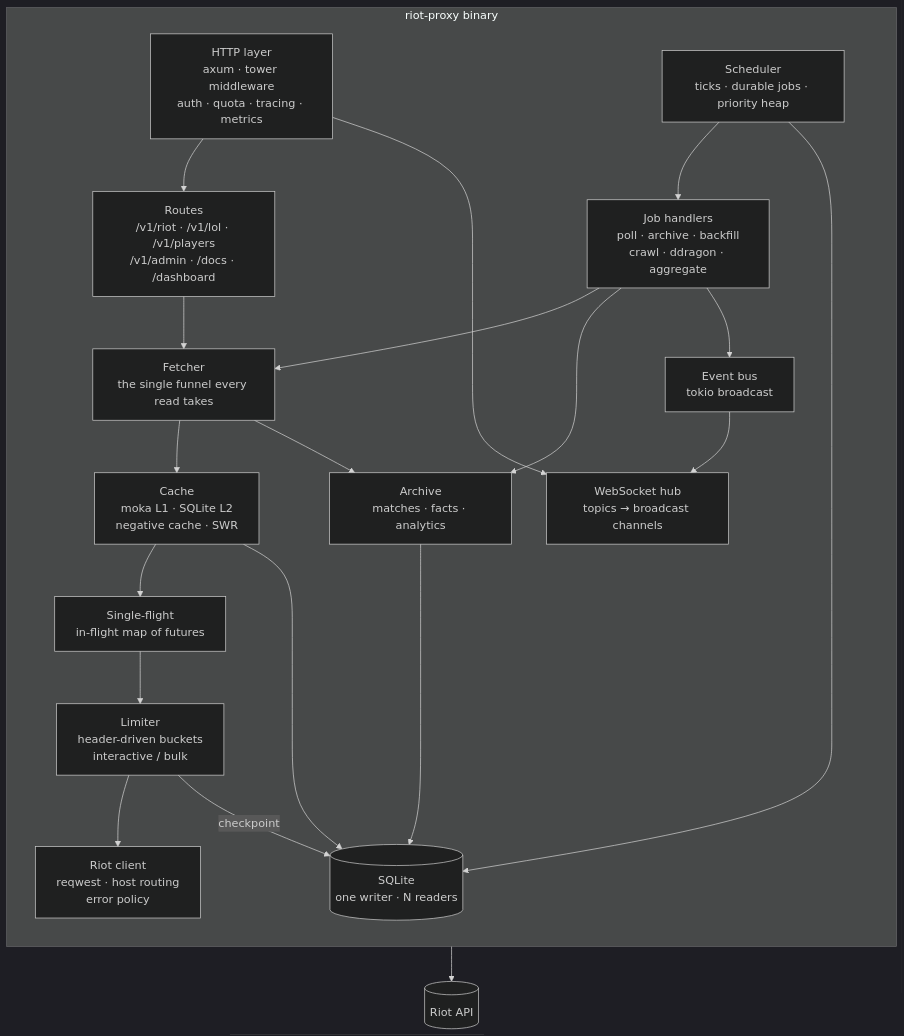
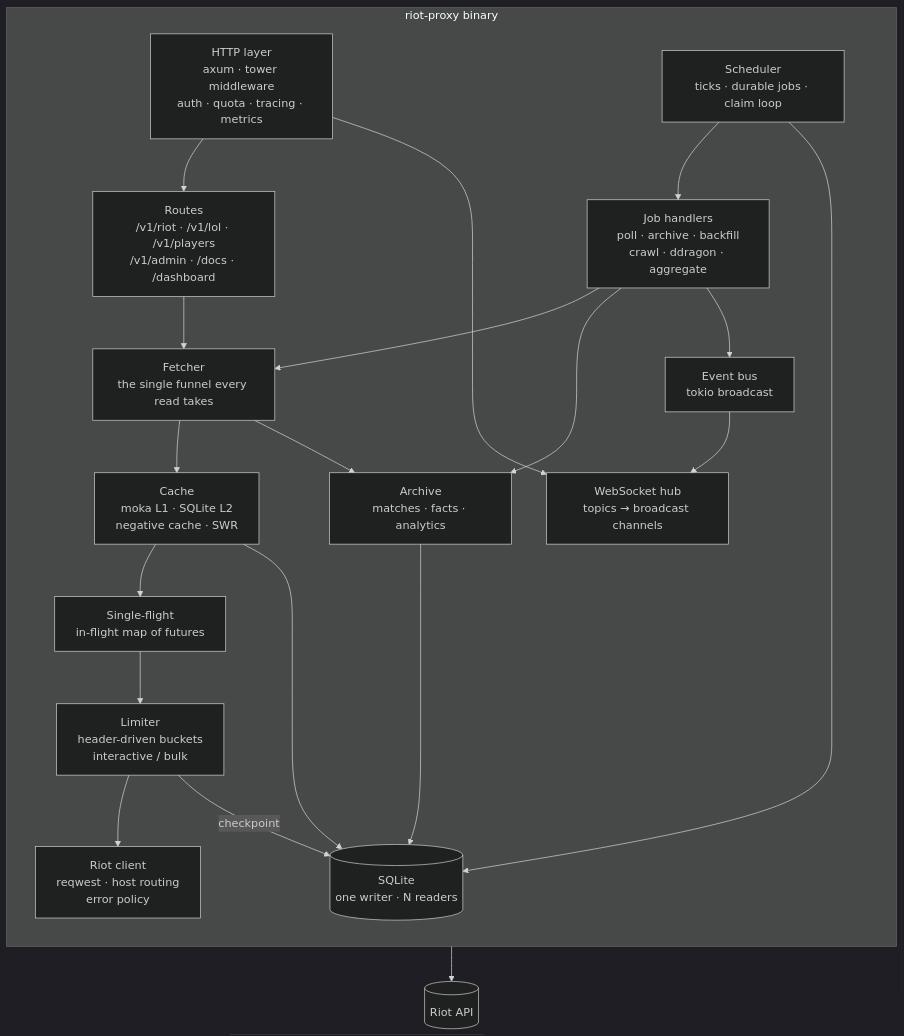
Before and after one commit to NinjaGoldfinch/riot-proxy: the second of 5 diagrams in docs/design/03-architecture.md, drawn with Mermaid (dark theme). The commit also changed other lines of this file and 8 other files, not shown here.

````diff
--- a/docs/design/03-architecture.md
+++ b/docs/design/03-architecture.md
@@ -40,33 +40,33 @@
 ```mermaid
 flowchart TB
     subgraph bin["riot-proxy binary"]
         direction TB
         http["HTTP layer<br/>axum · tower middleware<br/>auth · quota · tracing · metrics"]
         ws["WebSocket hub<br/>topics → broadcast channels"]
         routes["Routes<br/>/v1/riot · /v1/lol · /v1/players<br/>/v1/admin · /docs · /dashboard"]
         fetcher["Fetcher<br/>the single funnel every read takes"]
         cache["Cache<br/>moka L1 · SQLite L2<br/>negative cache · SWR"]
         sf["Single-flight<br/>in-flight map of futures"]
         limiter["Limiter<br/>header-driven buckets<br/>interactive / bulk"]
         client["Riot client<br/>reqwest · host routing<br/>error policy"]
-        sched["Scheduler<br/>ticks · durable jobs · priority heap"]
+        sched["Scheduler<br/>ticks · durable jobs · claim loop"]
         jobs["Job handlers<br/>poll · archive · backfill<br/>crawl · ddragon · aggregate"]
         archive["Archive<br/>matches · facts · analytics"]
         events["Event bus<br/>tokio broadcast"]
         store[("SQLite<br/>one writer · N readers")]
     end
 
     riot[(Riot API)]
 
     http --> routes --> fetcher
     http --> ws
     fetcher --> cache --> sf --> limiter --> client --> riot
     fetcher --> archive
     sched --> jobs --> fetcher
     jobs --> archive
     jobs --> events --> ws
     cache --> store
     limiter -->|checkpoint| store
     sched --> store
     archive --> store
 ```
````
